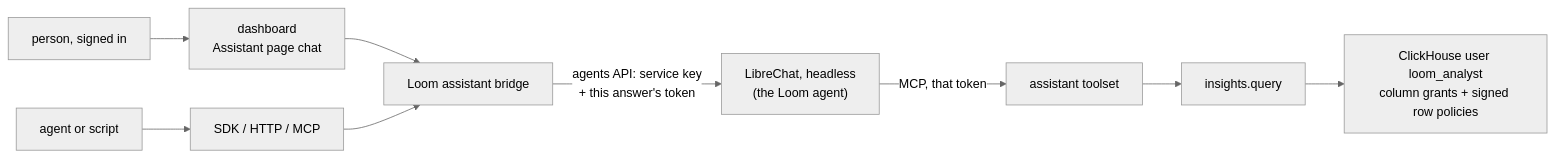
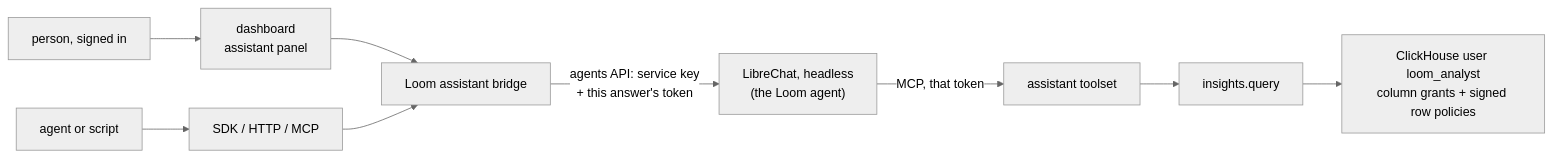
One commit to ClickHouse/loom changed the diagram in docs/architecture/assistant.md. Above: the diagram before and after it, drawn with Mermaid (neutral theme). The commit also changed other lines of this file and 47 other files, not shown here.

First line of the commit message:
The assistant chat is a panel the header opens on every page, its conversations kept in the browser

````diff
--- a/docs/architecture/assistant.md
+++ b/docs/architecture/assistant.md
@@ -19,11 +19,11 @@
 ```mermaid
 flowchart LR
-    P["person, signed in"] --> D["dashboard<br/>Assistant page chat"]
+    P["person, signed in"] --> D["dashboard<br/>assistant panel"]
     A["agent or script"] --> S["SDK / HTTP / MCP"]
     D --> B["Loom assistant bridge"]
     S --> B
     B -->|"agents API: service key<br/>+ this answer's token"| LC["LibreChat, headless<br/>(the Loom agent)"]
     LC -->|"MCP, that token"| T["assistant toolset"]
     T --> Q["insights.query"]
     Q --> U["ClickHouse user loom_analyst<br/>column grants + signed row policies"]
 ```
````
